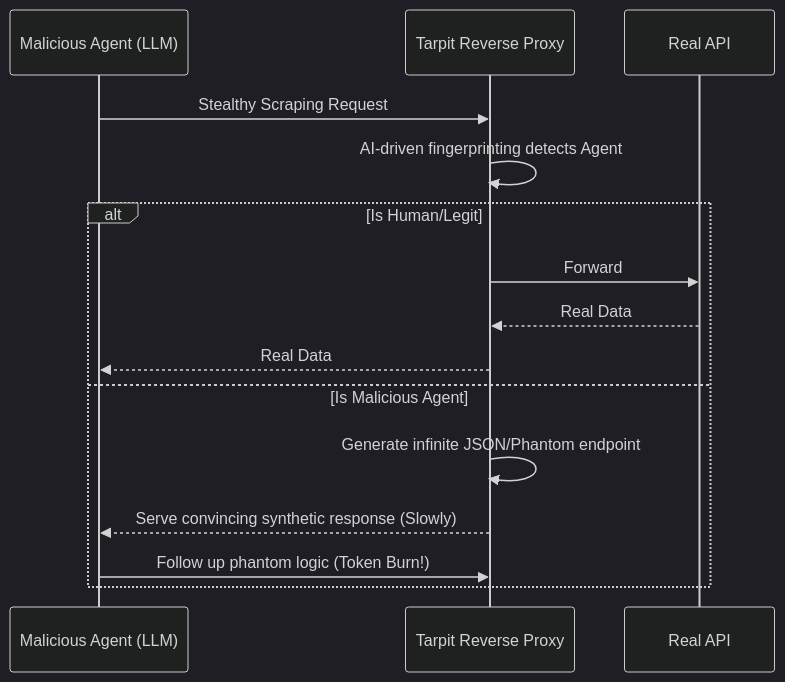
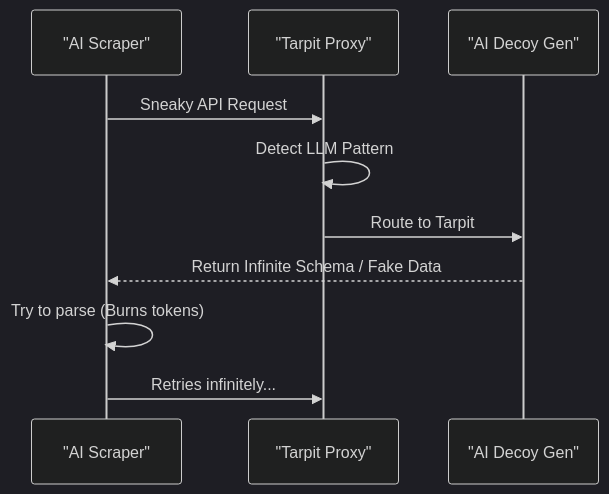
The second of 2 diagrams in ideas/agent-tarpit/README.md (flouzzy/top-100-ai-startup-ideas), drawn with Mermaid (dark theme) before and after one commit. The commit also changed other lines of this file and 41 other files, not shown here.

````diff
--- a/ideas/agent-tarpit/README.md
+++ b/ideas/agent-tarpit/README.md
@@ -41,17 +42,12 @@
 ```mermaid
 sequenceDiagram
-    participant Attacker as Malicious Agent (LLM)
-    participant Gateway as Tarpit Reverse Proxy
-    participant Server as Real API
-    Attacker->>Gateway: Stealthy Scraping Request
-    Gateway->>Gateway: AI-driven fingerprinting detects Agent
-    alt Is Human/Legit
-        Gateway->>Server: Forward
-        Server-->>Gateway: Real Data
-        Gateway-->>Attacker: Real Data
-    else Is Malicious Agent
-        Gateway->>Gateway: Generate infinite JSON/Phantom endpoint
-        Gateway-->>Attacker: Serve convincing synthetic response (Slowly)
-        Attacker->>Gateway: Follow up phantom logic (Token Burn!)
-    end
+    participant Bot as "AI Scraper"
+    participant WAF as "Tarpit Proxy"
+    participant Decoy as "AI Decoy Gen"
+    Bot->>WAF: Sneaky API Request
+    WAF->>WAF: Detect LLM Pattern
+    WAF->>Decoy: Route to Tarpit
+    Decoy-->>Bot: Return Infinite Schema / Fake Data
+    Bot->>Bot: Try to parse (Burns tokens)
+    Bot->>WAF: Retries infinitely...
 ```
````
